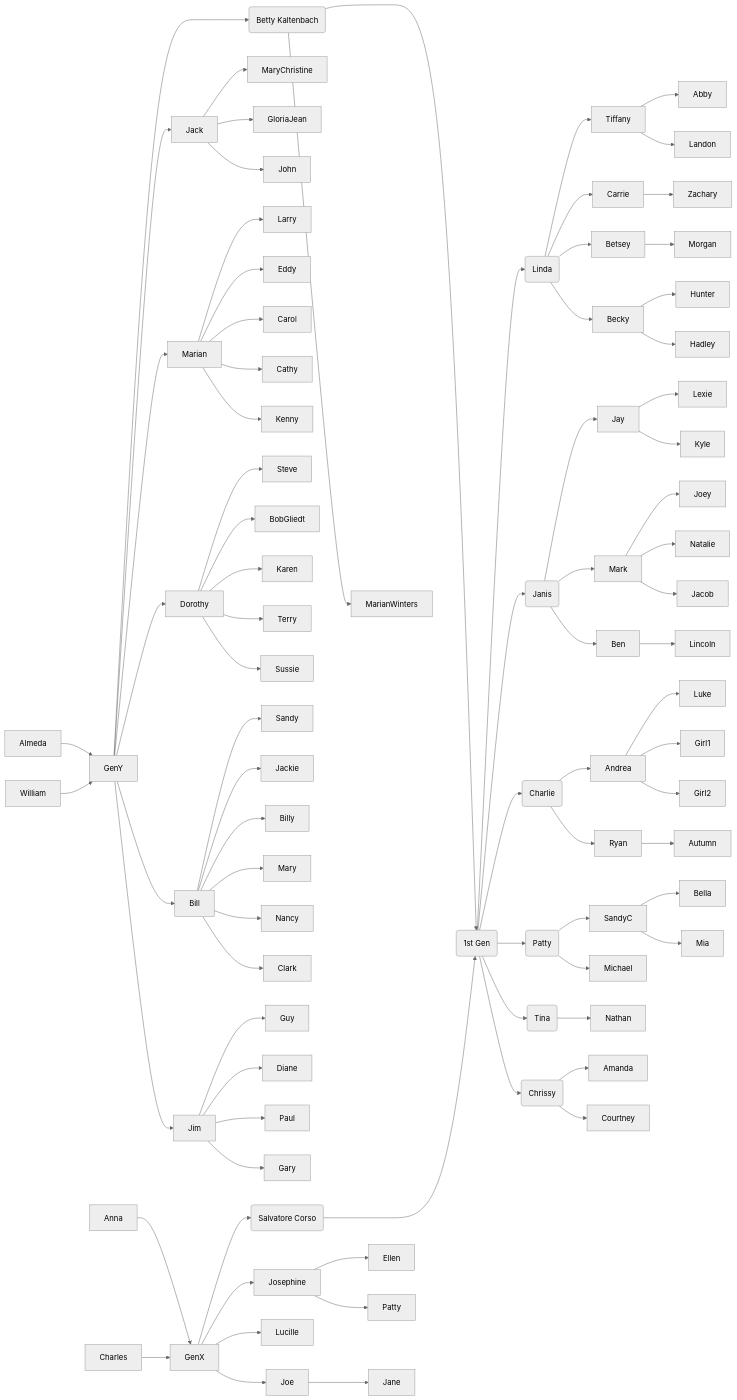
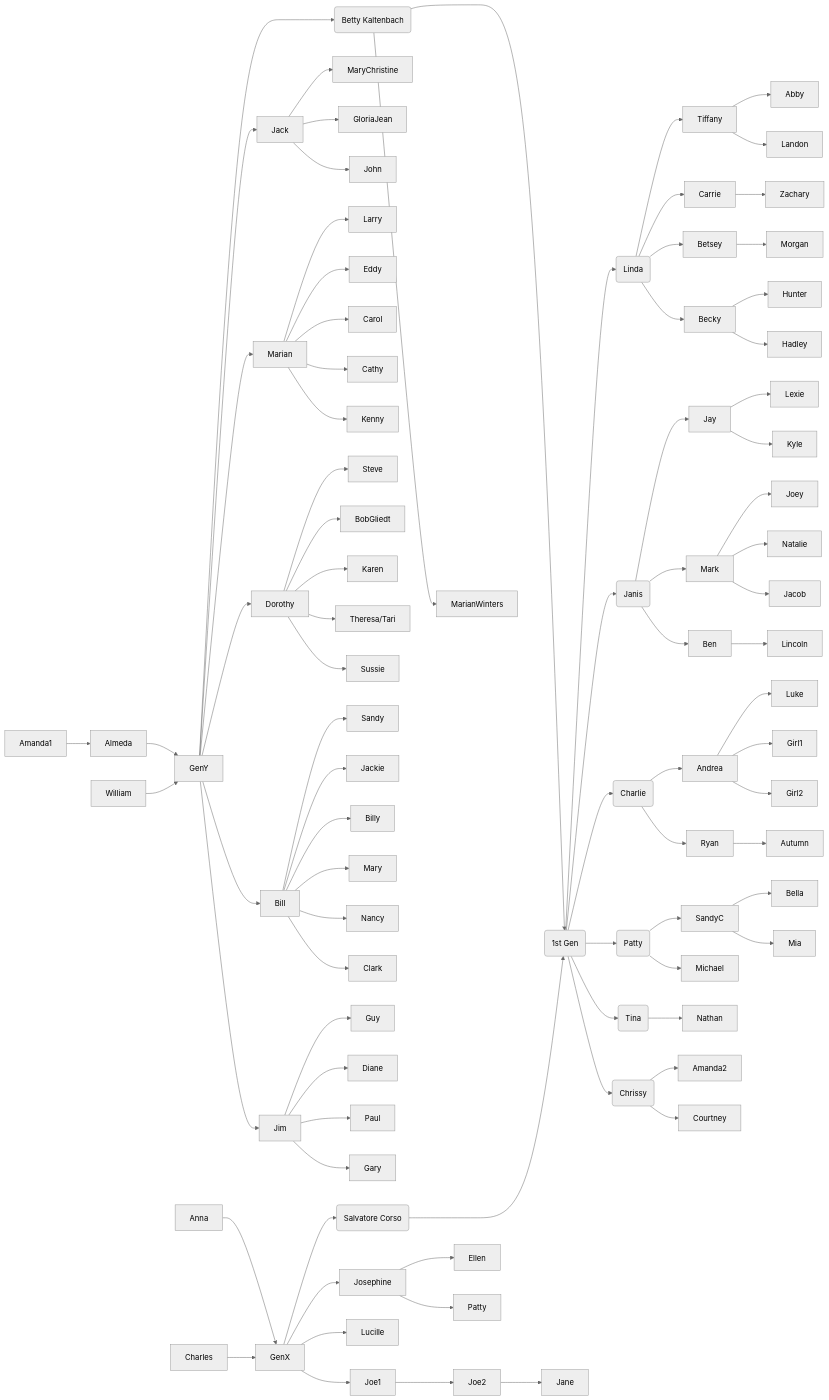
Before and after one commit to corsokalte/corsokalte.github.io: the diagram in _posts/2023-03-04-Family Genealogy.md, drawn with Mermaid (neutral theme).

Commit message:
Adds big Joe and little Joe and updates Tari (given name Theresa).

````diff
--- a/_posts/2023-03-04-Family Genealogy.md
+++ b/_posts/2023-03-04-Family Genealogy.md
@@ -16,6 +16,7 @@
 
 GenY ---> Mo(Betty Kaltenbach) 
 
+Amanda1 --> Almeda
 Almeda --> GenY
 William --> GenY
 
@@ -50,13 +51,13 @@
 Dorothy --> Steve
 Dorothy --> BobGliedt
 Dorothy --> Karen
-Dorothy --> Terry
+Dorothy --> Theresa/Tari
 Dorothy --> Sussie
 
 Josephine --> Ellen
 Josephine --> Patty
 
-Joe --> Jane
+Joe2 --> Jane
 
 Anna --> GenX
 Charles --> GenX
@@ -64,8 +65,9 @@
 GenX --> Fa(Salvatore Corso)
 GenX --> Josephine 
 GenX --> Lucille
-GenX --> Joe
+GenX --> Joe1
 
+Joe1 --> Joe2
 Fa(Salvatore Corso) ---> G2(1st Gen)
 Mo(Betty Kaltenbach) ---> G2
 G2 --> S2(Linda)
@@ -119,7 +121,7 @@
 
 S6 --> Nathan
 
-S7 --> Amanda
+S7 --> Amanda2
 S7 --> Courtney
 
 ```
````
